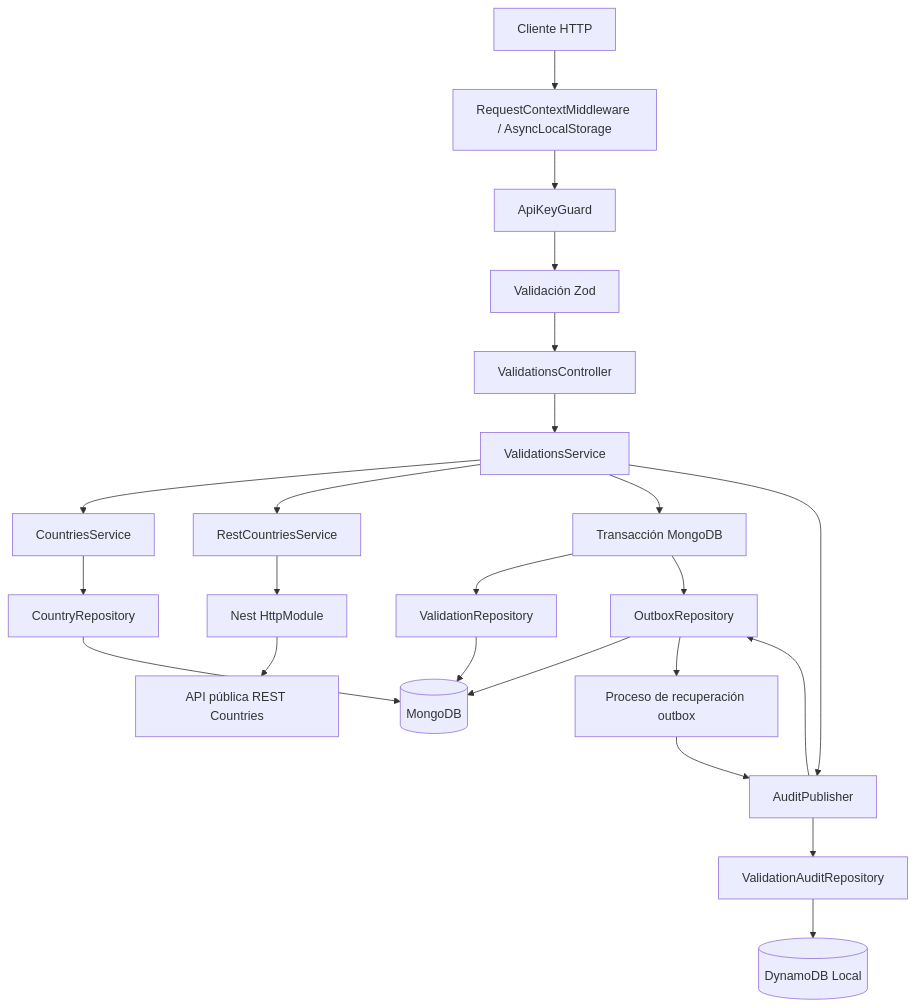
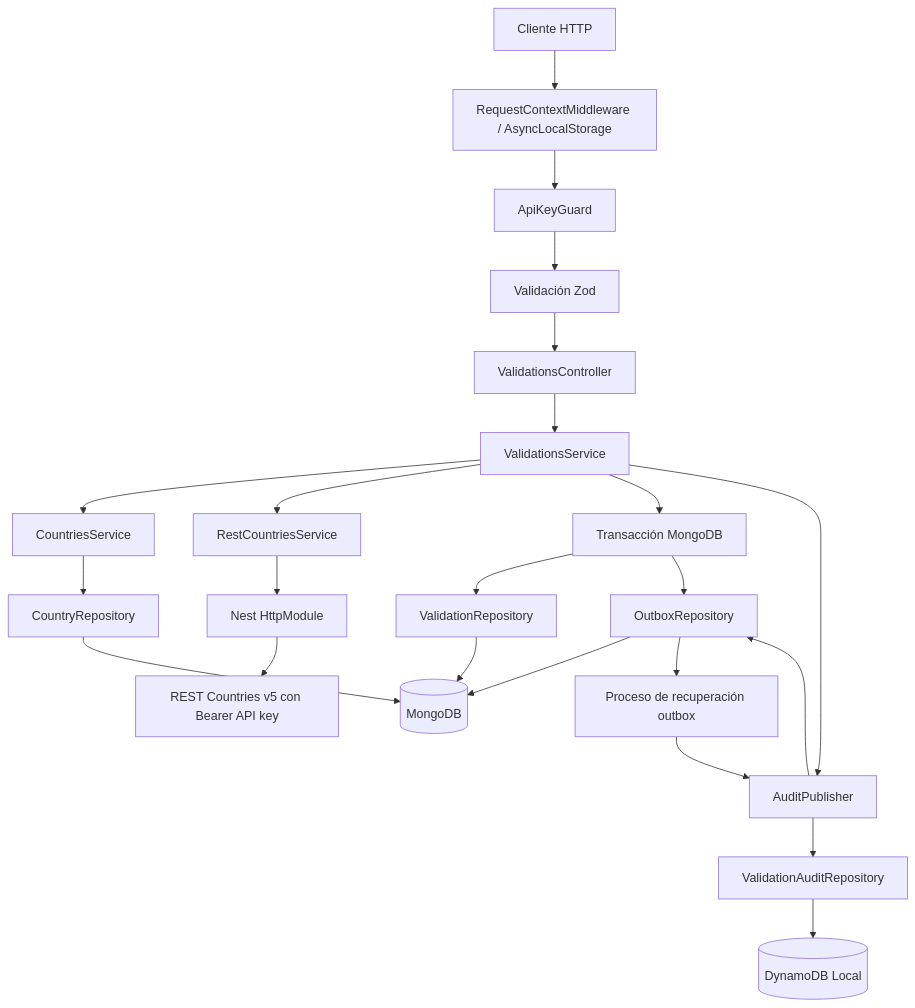
One commit to MYBV/external-validation-service-auco changed the diagram in docs/02-architecture.md. Above: the diagram before and after it, drawn with Mermaid. The commit also changed other lines of this file and 3 other files, not shown here.

Commit message:
docs: align architecture, AI usage and REST Countries v5 integration

````diff
--- a/docs/02-architecture.md
+++ b/docs/02-architecture.md
@@ -35,25 +35,25 @@
 ```mermaid
 flowchart TD
     Cliente[Cliente HTTP] --> Contexto[RequestContextMiddleware / AsyncLocalStorage]
     Contexto --> Guard[ApiKeyGuard]
     Guard --> Validacion[Validación Zod]
     Validacion --> Controlador[ValidationsController]
     Controlador --> Servicio[ValidationsService]
     Servicio --> Paises[CountriesService]
     Paises --> RepoPaises[CountryRepository]
     RepoPaises --> Mongo[(MongoDB)]
     Servicio --> Enriquecimiento[RestCountriesService]
     Enriquecimiento --> ClienteHTTP[Nest HttpModule]
-    ClienteHTTP --> REST[API pública REST Countries]
+    ClienteHTTP --> REST[REST Countries v5 con Bearer API key]
     Servicio --> Transaccion[Transacción MongoDB]
     Transaccion --> RepoVal[ValidationRepository]
     Transaccion --> RepoOutbox[OutboxRepository]
     RepoVal --> Mongo
     RepoOutbox --> Mongo
     Servicio --> Publicador[AuditPublisher]
     Recuperador[Proceso de recuperación outbox] --> Publicador
     RepoOutbox --> Recuperador
     Publicador --> RepoAuditoria[ValidationAuditRepository]
     RepoAuditoria --> Dynamo[(DynamoDB Local)]
     Publicador --> RepoOutbox
 ```
````
